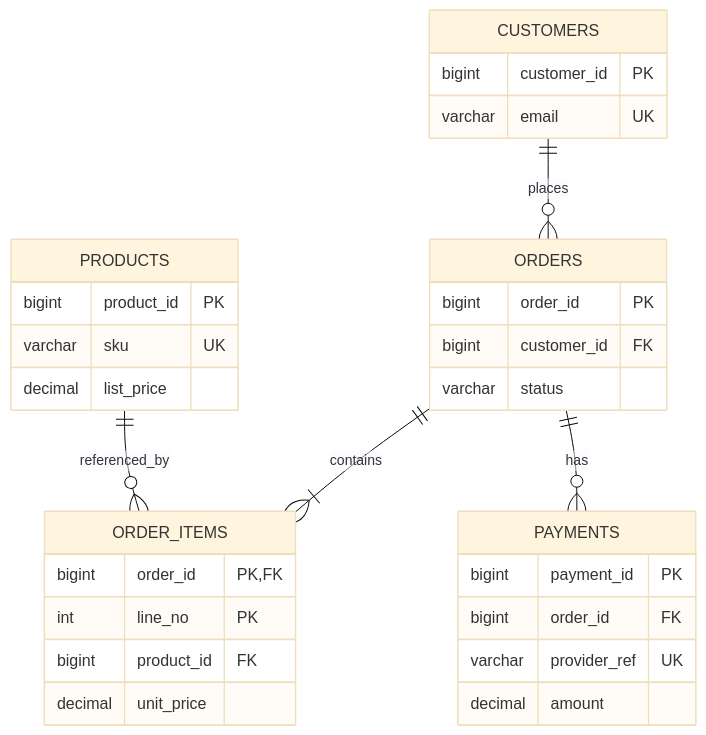
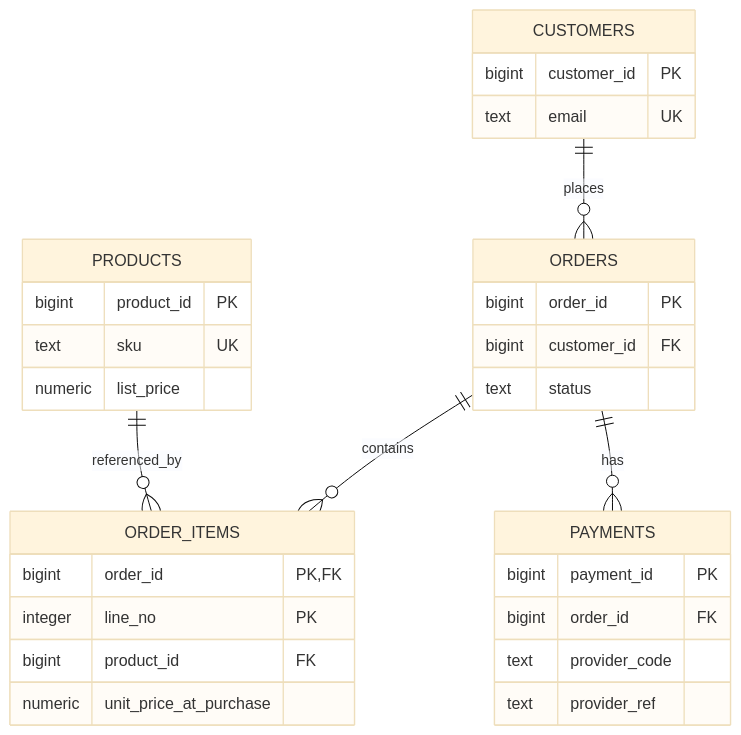
One commit to czyboi/system-design-academy changed the first of 2 diagrams in modules/database/lessons/DB-01-data-modeling.md. Above: the diagram before and after it, drawn with Mermaid (base theme). The commit also changed other lines of this file and 1 other file, not shown here.

````diff
--- a/modules/database/lessons/DB-01-data-modeling.md
+++ b/modules/database/lessons/DB-01-data-modeling.md
@@ -101,34 +48,34 @@
 ```mermaid
 erDiagram
     CUSTOMERS ||--o{ ORDERS : places
-    ORDERS ||--|{ ORDER_ITEMS : contains
+    ORDERS ||--o{ ORDER_ITEMS : contains
     PRODUCTS ||--o{ ORDER_ITEMS : referenced_by
     ORDERS ||--o{ PAYMENTS : has
 
     CUSTOMERS {
       bigint customer_id PK
-      varchar email UK
+      text email UK
     }
     ORDERS {
       bigint order_id PK
       bigint customer_id FK
-      varchar status
+      text status
     }
     ORDER_ITEMS {
       bigint order_id PK,FK
-      int line_no PK
+      integer line_no PK
       bigint product_id FK
-      decimal unit_price
+      numeric unit_price_at_purchase
     }
     PRODUCTS {
       bigint product_id PK
-      varchar sku UK
-      decimal list_price
+      text sku UK
+      numeric list_price
     }
     PAYMENTS {
       bigint payment_id PK
       bigint order_id FK
-      varchar provider_ref UK
-      decimal amount
+      text provider_code
+      text provider_ref
     }
 ```
````
